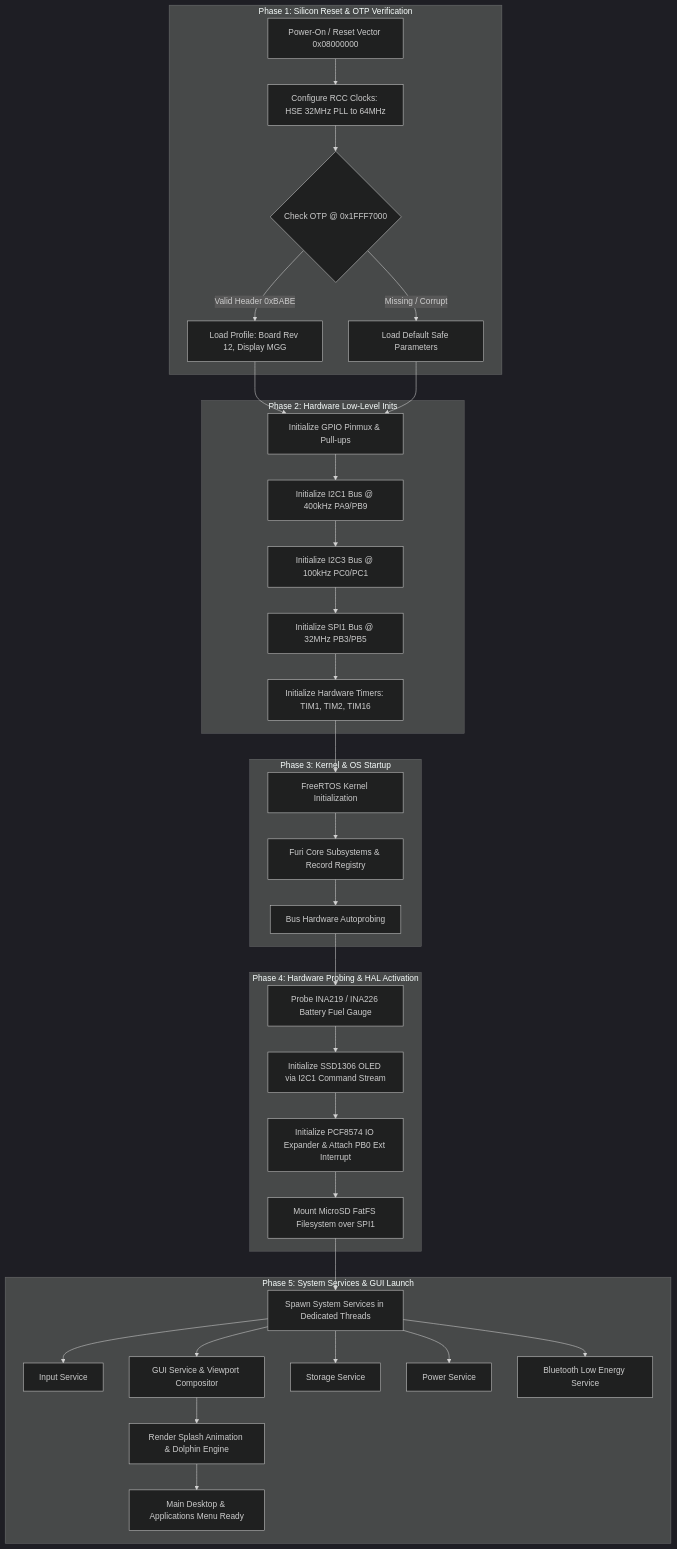
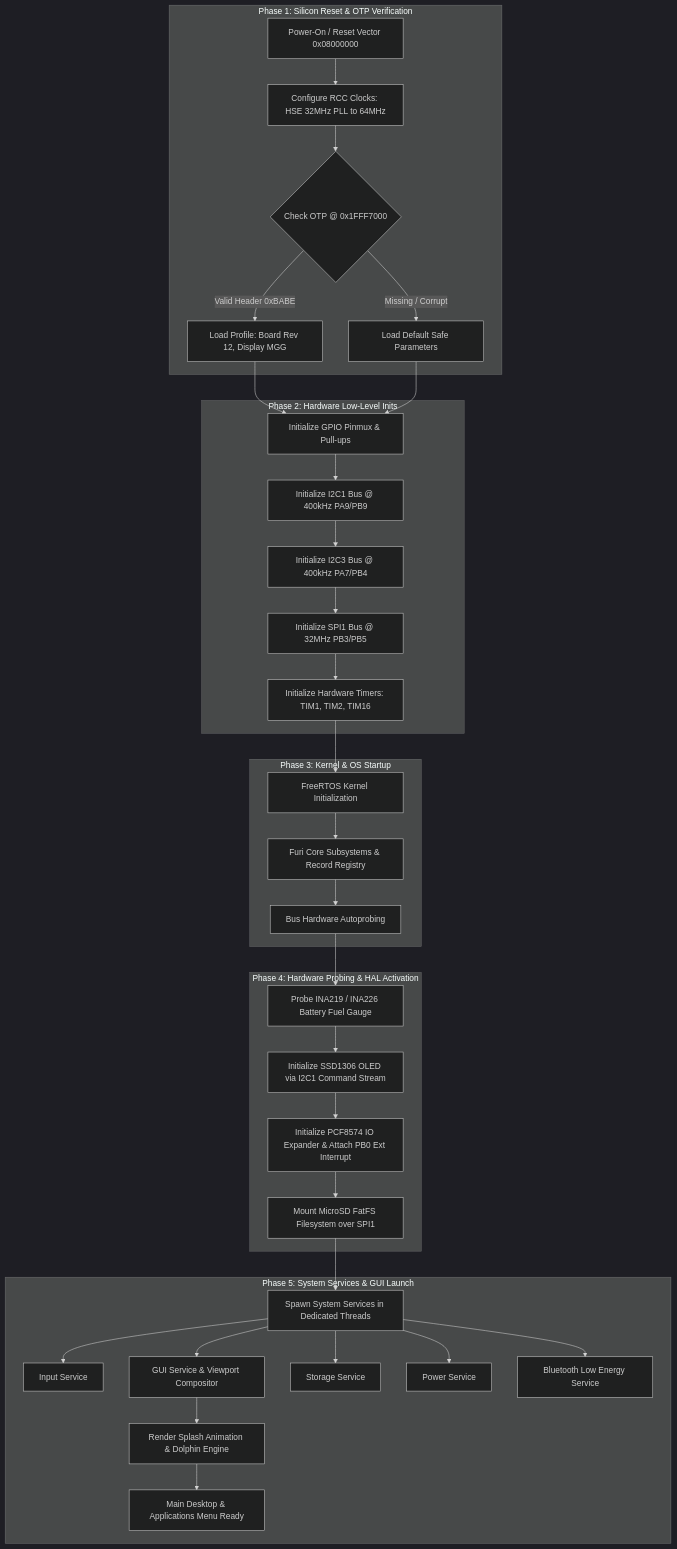
Before and after one commit to AJ60/Flipper_OLED_PCF8574_PN532: the first of 3 diagrams in documentation/BOOT_AND_LIFECYCLE.md, drawn with Mermaid (dark theme). The commit also changed 10 other files, not shown here.

````diff
--- a/documentation/BOOT_AND_LIFECYCLE.md
+++ b/documentation/BOOT_AND_LIFECYCLE.md
@@ -12,43 +12,43 @@
 ```mermaid
 graph TD
     subgraph Phase1 [Phase 1: Silicon Reset & OTP Verification]
         PWR[Power-On / Reset Vector 0x08000000] --> RCC_Init[Configure RCC Clocks: HSE 32MHz PLL to 64MHz]
         RCC_Init --> OTP_Check{Check OTP @ 0x1FFF7000}
         OTP_Check -->|Valid Header 0xBABE| OTP_Load[Load Profile: Board Rev 12, Display MGG]
         OTP_Check -->|Missing / Corrupt| Fallback_Profile[Load Default Safe Parameters]
     end
 
     subgraph Phase2 [Phase 2: Hardware Low-Level Inits]
         OTP_Load --> GPIO_Init[Initialize GPIO Pinmux & Pull-ups]
         Fallback_Profile --> GPIO_Init
         GPIO_Init --> I2C1_Init[Initialize I2C1 Bus @ 400kHz PA9/PB9]
-        I2C1_Init --> I2C3_Init[Initialize I2C3 Bus @ 100kHz PC0/PC1]
+        I2C1_Init --> I2C3_Init[Initialize I2C3 Bus @ 400kHz PA7/PB4]
         I2C3_Init --> SPI1_Init[Initialize SPI1 Bus @ 32MHz PB3/PB5]
         SPI1_Init --> Timer_Init[Initialize Hardware Timers: TIM1, TIM2, TIM16]
     end
 
     subgraph Phase3 [Phase 3: Kernel & OS Startup]
         Timer_Init --> RTOS_Start[FreeRTOS Kernel Initialization]
         RTOS_Start --> Furi_Init[Furi Core Subsystems & Record Registry]
         Furi_Init --> Bus_Probe[Bus Hardware Autoprobing]
     end
 
     subgraph Phase4 [Phase 4: Hardware Probing & HAL Activation]
         Bus_Probe --> Probe_INA[Probe INA219 / INA226 Battery Fuel Gauge]
         Probe_INA --> Probe_OLED[Initialize SSD1306 OLED via I2C1 Command Stream]
         Probe_OLED --> Probe_PCF[Initialize PCF8574 IO Expander & Attach PB0 Ext Interrupt]
         Probe_PCF --> Probe_SD[Mount MicroSD FatFS Filesystem over SPI1]
     end
 
     subgraph Phase5 [Phase 5: System Services & GUI Launch]
         Probe_SD --> Spawn_Services[Spawn System Services in Dedicated Threads]
         Spawn_Services --> Srv_Input[Input Service]
         Spawn_Services --> Srv_Gui[GUI Service & Viewport Compositor]
         Spawn_Services --> Srv_Storage[Storage Service]
         Spawn_Services --> Srv_Power[Power Service]
         Spawn_Services --> Srv_BT[Bluetooth Low Energy Service]
         
         Srv_Gui --> Show_Splash[Render Splash Animation & Dolphin Engine]
         Show_Splash --> Main_Menu[Main Desktop & Applications Menu Ready]
     end
 ```
````
